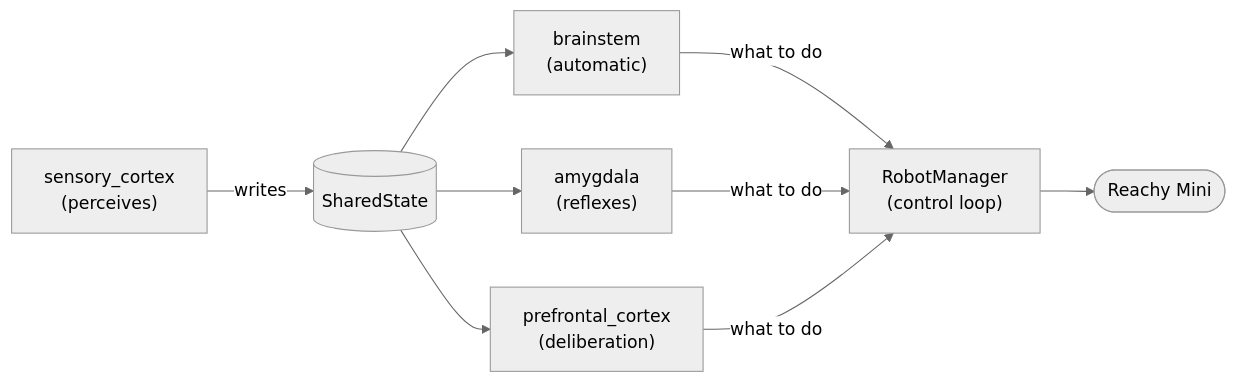
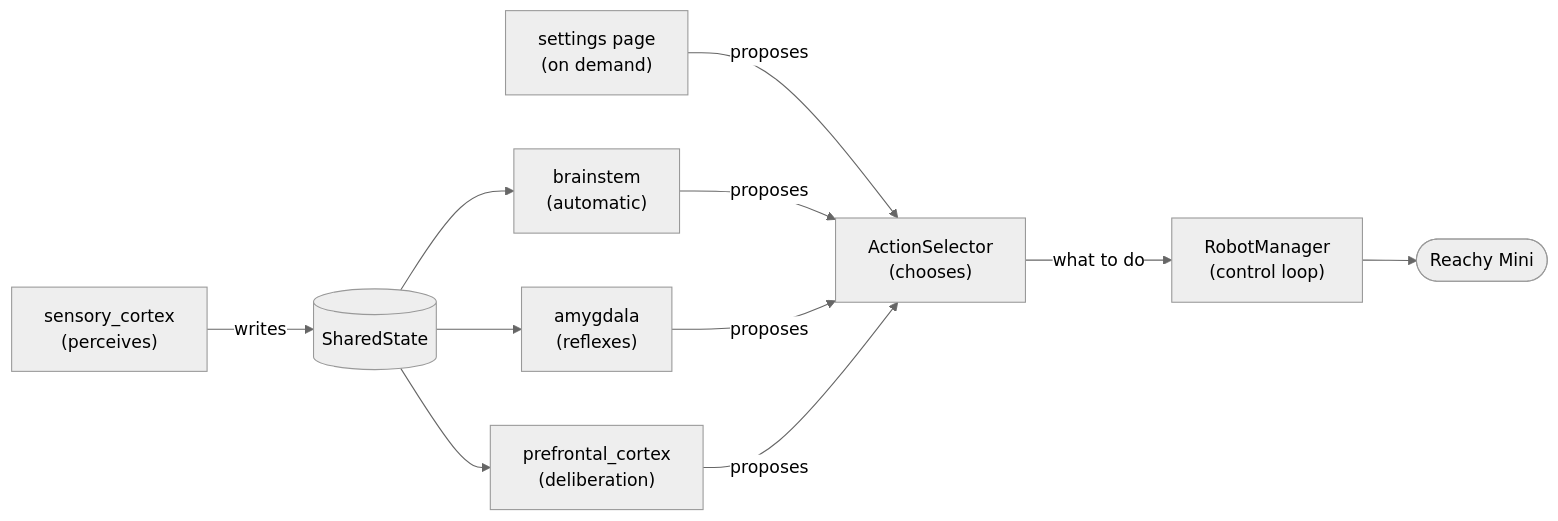
One commit to HTurlet15/reachy_alive changed the diagram in ARCHITECTURE.md. Above: the diagram before and after it, drawn with Mermaid (neutral theme). The commit also changed other lines of this file and 3 other files, not shown here.

Commit message:
docs: describe the settings page and the ActionSelector

````diff
--- a/ARCHITECTURE.md
+++ b/ARCHITECTURE.md
@@ -20,11 +20,13 @@
 ```mermaid
 flowchart LR
     senses["sensory_cortex<br/>(perceives)"] -->|writes| state[("SharedState")]
     state --> brainstem["brainstem<br/>(automatic)"]
     state --> amygdala["amygdala<br/>(reflexes)"]
     state --> cortex["prefrontal_cortex<br/>(deliberation)"]
-    brainstem -->|what to do| manager["RobotManager<br/>(control loop)"]
-    amygdala -->|what to do| manager
-    cortex -->|what to do| manager
+    page["settings page<br/>(on demand)"] -->|proposes| selector
+    brainstem -->|proposes| selector["ActionSelector<br/>(chooses)"]
+    amygdala -->|proposes| selector
+    cortex -->|proposes| selector
+    selector -->|what to do| manager["RobotManager<br/>(control loop)"]
     manager --> robot(["Reachy Mini"])
 ```
````
